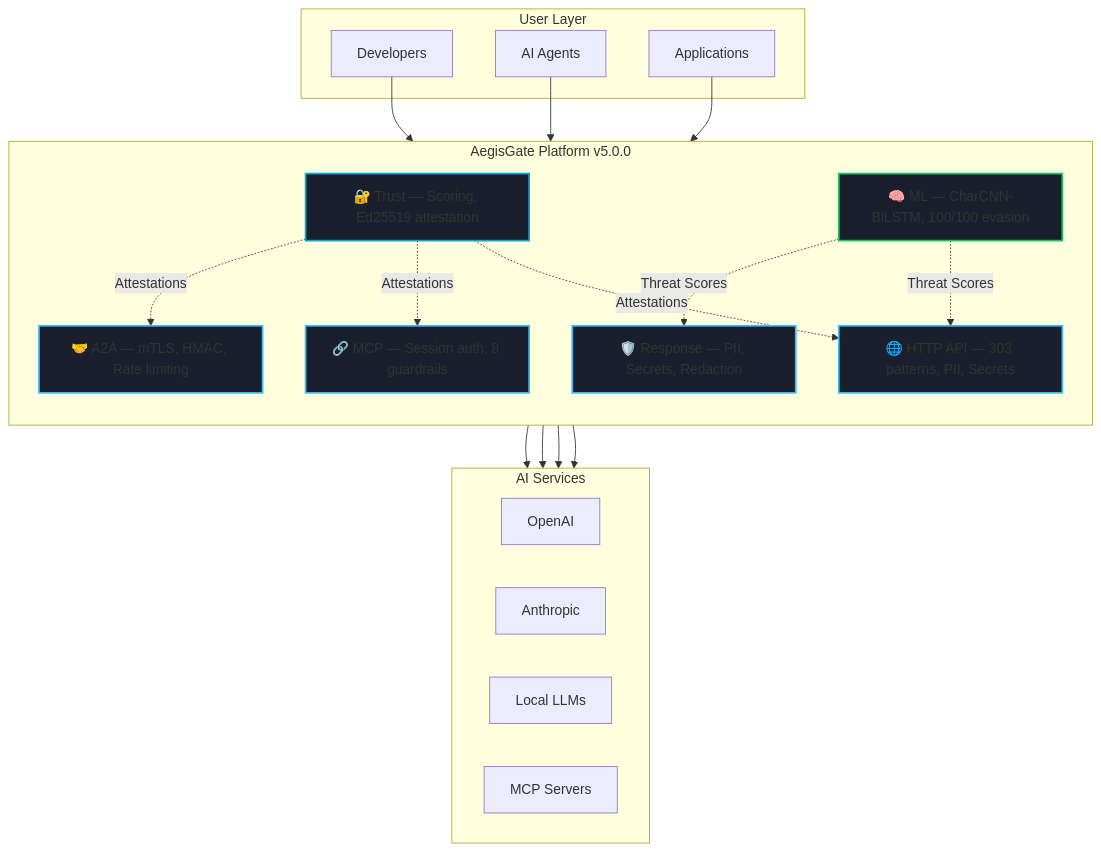
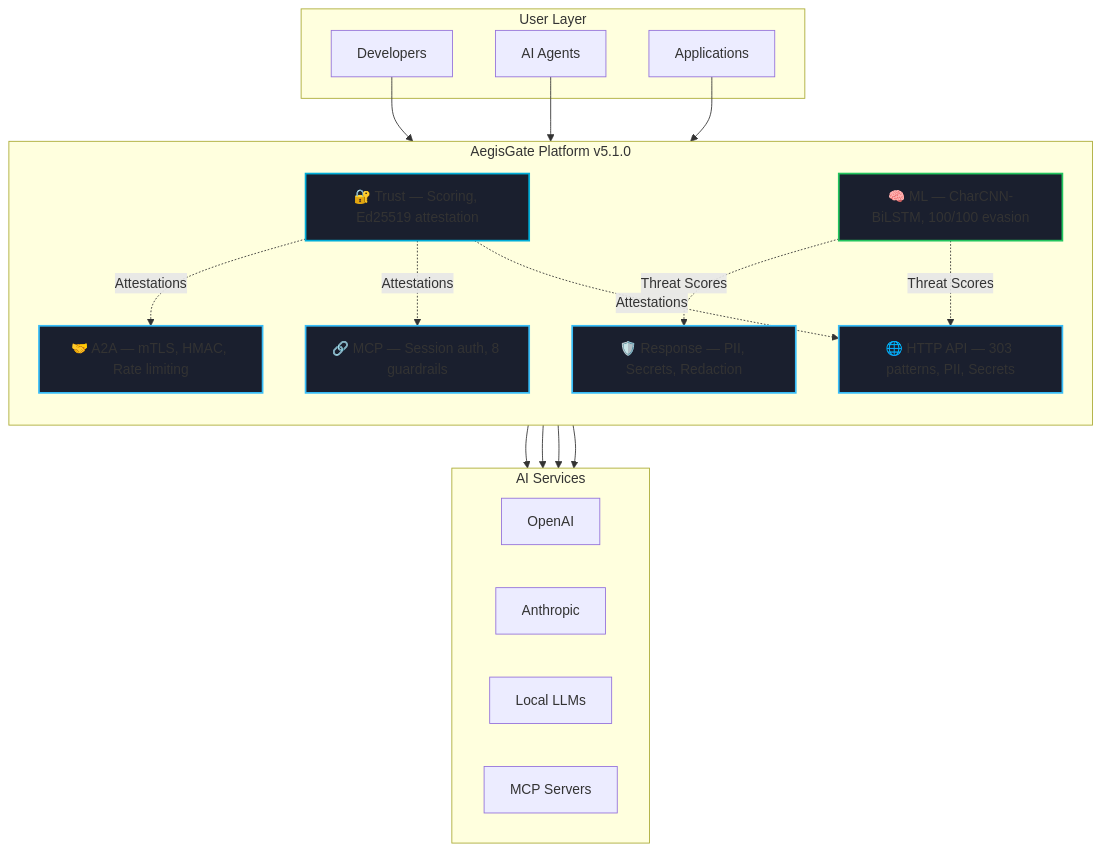
Before and after one commit to aegisgatesecurity/aegisgate-site: the first of 2 diagrams in content/platform/_index.md, drawn with Mermaid. The commit also changed other lines of this file and 29 other files, not shown here.

```diff
--- a/content/platform/_index.md
+++ b/content/platform/_index.md
@@ -128,47 +128,47 @@
 {{< mermaid >}}
 flowchart TD
     subgraph UserLayer["User Layer"]
         A[Developers]
         B[AI Agents]
         C[Applications]
     end
 
-    subgraph Platform["AegisGate Platform v5.0.0"]
+    subgraph Platform["AegisGate Platform v5.1.0"]
         direction TB
         P1["🌐 HTTP API — 303 patterns, PII, Secrets"]
         P2["🔗 MCP — Session auth, 8 guardrails"]
         P3["🤝 A2A — mTLS, HMAC, Rate limiting"]
         P4["🛡️ Response — PII, Secrets, Redaction"]
         P5["🔐 Trust — Scoring, Ed25519 attestation"]
         P6["🧠 ML — CharCNN-BiLSTM, 100/100 evasion"]
     end
 
     subgraph Output["AI Services"]
         D[OpenAI]
         E[Anthropic]
         F[Local LLMs]
         G[MCP Servers]
     end
 
     A --> Platform
     B --> Platform
     C --> Platform
     
     P1 --> Output
     P2 --> Output
     P3 --> Output
     P4 --> Output
     
     P5 -.->|Attestations| P1
     P5 -.->|Attestations| P2
     P5 -.->|Attestations| P3
     P6 -.->|Threat Scores| P1
     P6 -.->|Threat Scores| P4
 
     style P1 fill:#1a1f2e,stroke:#38bdf8,stroke-width:2px
     style P2 fill:#1a1f2e,stroke:#38bdf8,stroke-width:2px
     style P3 fill:#1a1f2e,stroke:#38bdf8,stroke-width:2px
     style P4 fill:#1a1f2e,stroke:#38bdf8,stroke-width:2px
     style P5 fill:#1a1f2e,stroke:#00ADD8,stroke-width:2px
     style P6 fill:#1a1f2e,stroke:#22c55e,stroke-width:2px
 {{< /mermaid >}}
```
